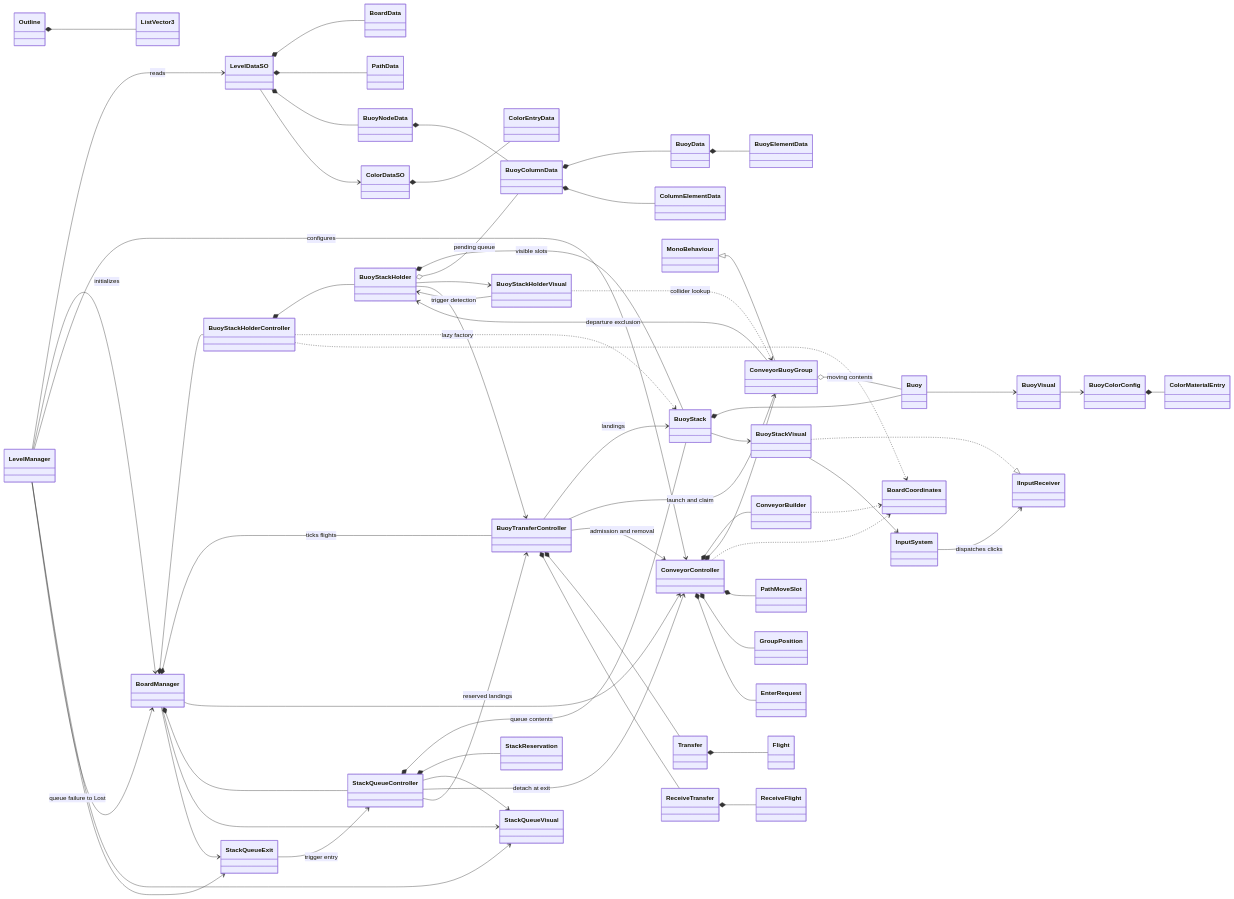
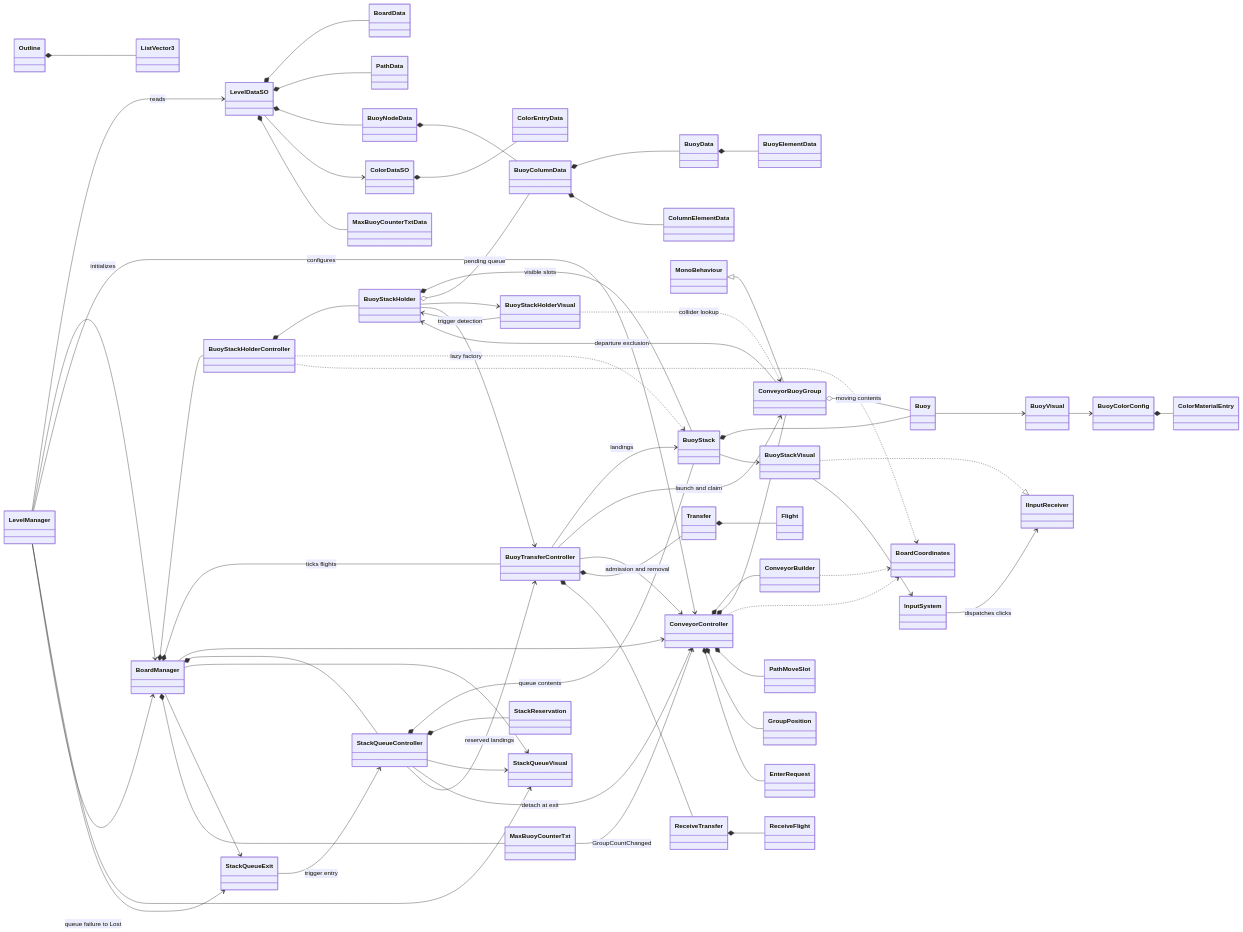
One commit to nchuoi2443/WaterConveyorSort changed the diagram in Docs/ClassDiagram-Overview.mmd. Above: the diagram before and after it, drawn with Mermaid. The commit also changed 25 other files, not shown here.

Commit message:
add conveyor buoy counter

```diff
--- a/Docs/ClassDiagram-Overview.mmd
+++ b/Docs/ClassDiagram-Overview.mmd
@@ -1,64 +1,67 @@
 classDiagram
 direction LR
 LevelManager --> LevelDataSO : reads
 LevelManager --> BoardManager : initializes
 LevelManager --> ConveyorController : configures
 BoardManager *-- BuoyStackHolderController
 BoardManager *-- BuoyTransferController : ticks flights
 BoardManager --> ConveyorController
 BoardManager *-- StackQueueController
 BoardManager --> StackQueueVisual
 BoardManager --> StackQueueExit
 LevelManager --> StackQueueVisual
 LevelManager --> StackQueueExit
 LevelManager --> BoardManager : queue failure to Lost
 StackQueueController *-- BuoyStack : queue contents
 StackQueueController *-- StackReservation
 StackQueueController --> StackQueueVisual
 StackQueueController --> ConveyorController : detach at exit
 StackQueueController --> BuoyTransferController : reserved landings
 StackQueueExit --> StackQueueController : trigger entry
 BuoyStackHolderController *-- BuoyStackHolder
 BuoyStackHolderController ..> BuoyStack : lazy factory
 BuoyStackHolder *-- BuoyStack : visible slots
 BuoyStackHolder o-- BuoyColumnData : pending queue
 BuoyStackHolder --> BuoyStackHolderVisual
 BuoyStackHolderVisual --> BuoyStackHolder : trigger detection
 BuoyStackHolderVisual ..> ConveyorBuoyGroup : collider lookup
 BuoyStackHolder --> BuoyTransferController
 BuoyStack *-- Buoy
 BuoyStack --> BuoyStackVisual
 Buoy --> BuoyVisual
 BuoyVisual --> BuoyColorConfig
 BuoyStackVisual ..|> IInputReceiver
 BuoyStackVisual --> InputSystem
 InputSystem --> IInputReceiver : dispatches clicks
 ConveyorController *-- ConveyorBuilder
 ConveyorController *-- ConveyorBuoyGroup
 MonoBehaviour <|-- ConveyorBuoyGroup
 ConveyorBuoyGroup o-- Buoy : moving contents
 ConveyorBuoyGroup --> BuoyStackHolder : departure exclusion
 BuoyTransferController --> BuoyStack : landings
 BuoyTransferController --> ConveyorBuoyGroup : launch and claim
 BuoyTransferController --> ConveyorController : admission and removal
 ConveyorBuilder ..> BoardCoordinates
 ConveyorController ..> BoardCoordinates
 BuoyStackHolderController ..> BoardCoordinates
 LevelDataSO *-- BoardData
 LevelDataSO *-- PathData
 LevelDataSO *-- BuoyNodeData
 LevelDataSO --> ColorDataSO
 BuoyNodeData *-- BuoyColumnData
 BuoyColumnData *-- BuoyData
 BuoyColumnData *-- ColumnElementData
 BuoyData *-- BuoyElementData
 ColorDataSO *-- ColorEntryData
 BuoyColorConfig *-- ColorMaterialEntry
 BuoyTransferController *-- Transfer
 BuoyTransferController *-- ReceiveTransfer
 Transfer *-- Flight
 ReceiveTransfer *-- ReceiveFlight
 ConveyorController *-- PathMoveSlot
 ConveyorController *-- GroupPosition
 ConveyorController *-- EnterRequest
+BoardManager *-- MaxBuoyCounterTxt
+MaxBuoyCounterTxt --> ConveyorController : GroupCountChanged
+LevelDataSO *-- MaxBuoyCounterTxtData
 Outline *-- ListVector3
```
